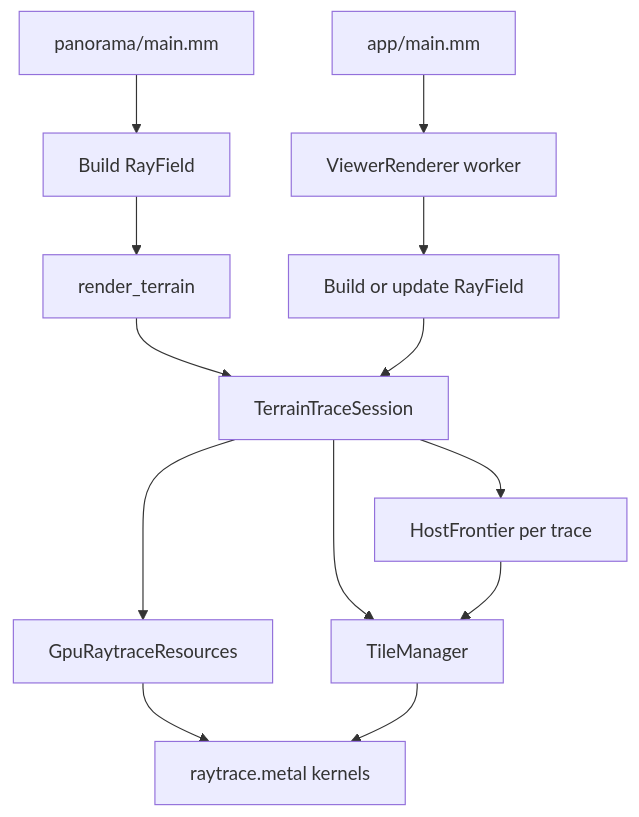
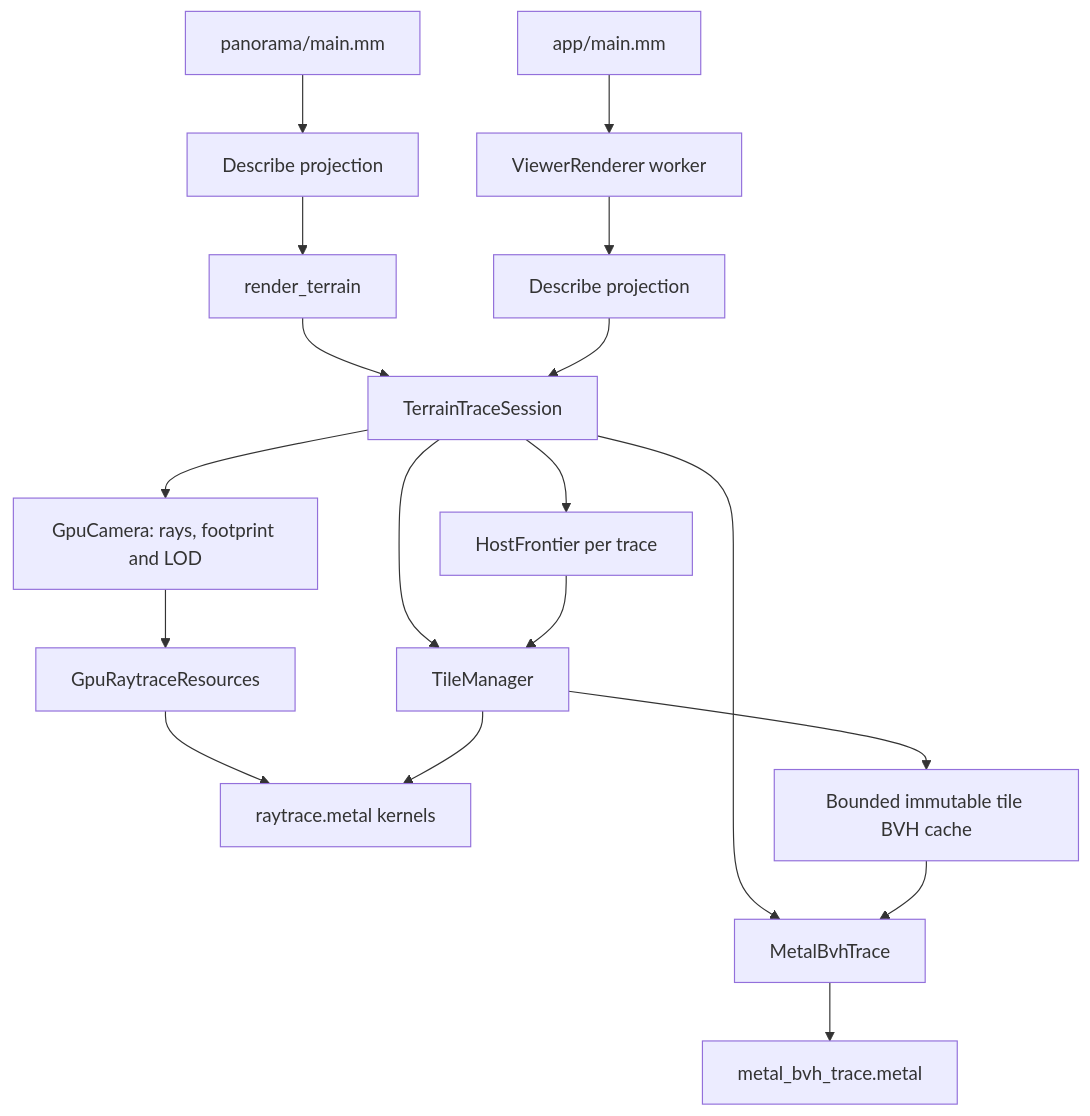
Before and after one commit to OaHolroyd/panorama: the first of 3 diagrams in src/README.md, drawn with Mermaid. The commit also changed other lines of this file and 68 other files, not shown here.

Commit message:
BVH and MetalFX (#84)

````diff
--- a/src/README.md
+++ b/src/README.md
@@ -32,17 +33,22 @@
 ```mermaid
 flowchart TD
-    CLI[panorama/main.mm] --> RP[Build RayField]
+    CLI[panorama/main.mm] --> RP[Describe projection]
     RP --> RT[render_terrain]
     RT --> SESSION[TerrainTraceSession]
 
     APP[app/main.mm] --> VR[ViewerRenderer worker]
-    VR --> ARP[Build or update RayField]
+    VR --> ARP[Describe projection]
     ARP --> SESSION
 
     SESSION --> TM[TileManager]
-    SESSION --> GPU[GpuRaytraceResources]
+    SESSION --> CAM[GpuCamera: rays, footprint and LOD]
+    CAM --> GPU[GpuRaytraceResources]
     SESSION --> HF[HostFrontier per trace]
     GPU --> MK[raytrace.metal kernels]
     TM --> MK
     HF --> TM
+    SESSION --> BVH[MetalBvhTrace]
+    TM --> CACHE[Bounded immutable tile BVH cache]
+    CACHE --> BVH
+    BVH --> HW[metal_bvh_trace.metal]
 ```
````
